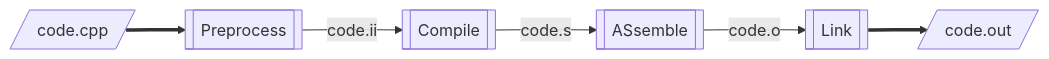
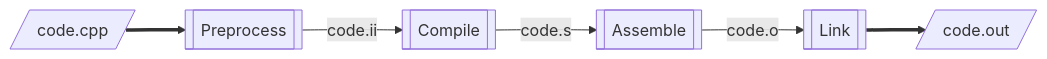
Before and after one commit to karz0n/karz0n.github.io: the first of 4 diagrams in _posts/2020-05-28-compilation-in-details.md, drawn with Mermaid. The commit also changed other lines of this file, not shown here.

````diff
--- a/_posts/2020-05-28-compilation-in-details.md
+++ b/_posts/2020-05-28-compilation-in-details.md
@@ -11,4 +11,4 @@
 ```mermaid
 graph LR
-    IN[/code.cpp/]==>PRE[[Preprocess]]-->|code.ii|CMP[[Compile]]-->|code.s|ASM[[ASsemble]]-->|code.o|LNK[[Link]]==>OUT[/code.out/]
+    IN[/code.cpp/]==>PRE[[Preprocess]]-->|code.ii|CMP[[Compile]]-->|code.s|ASM[[Assemble]]-->|code.o|LNK[[Link]]==>OUT[/code.out/]
 ```
````
